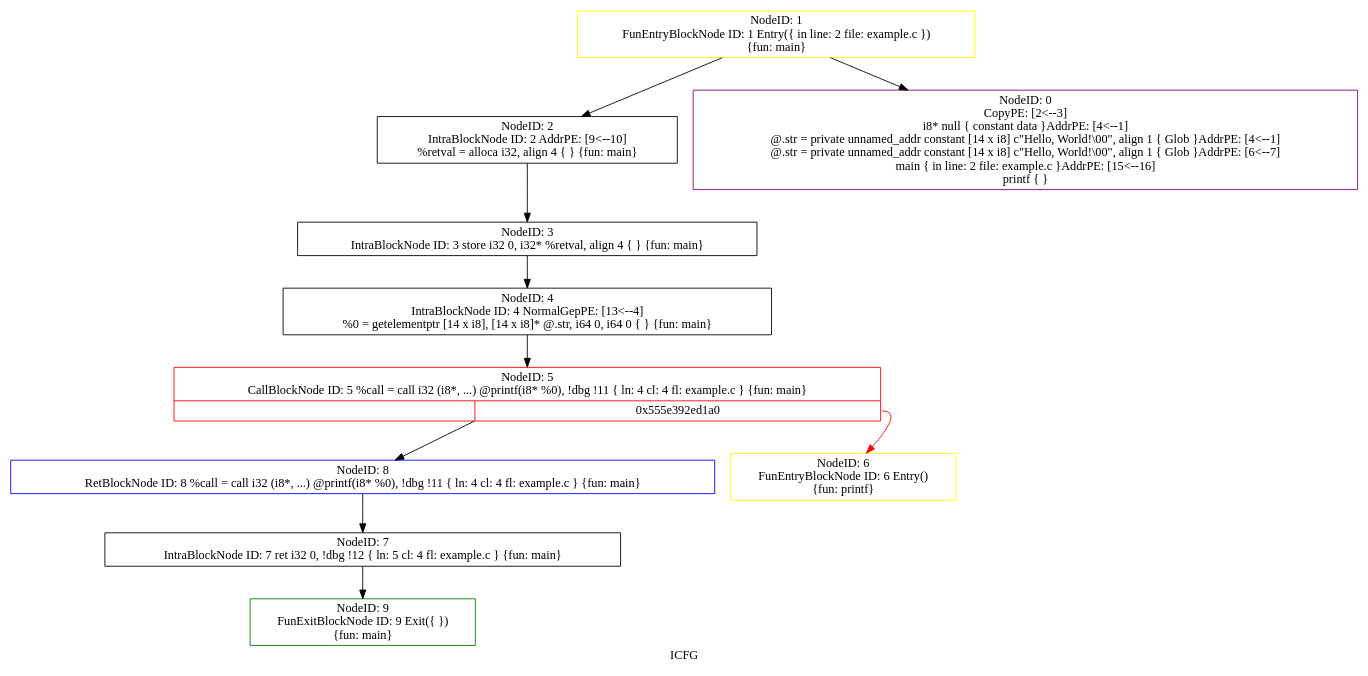
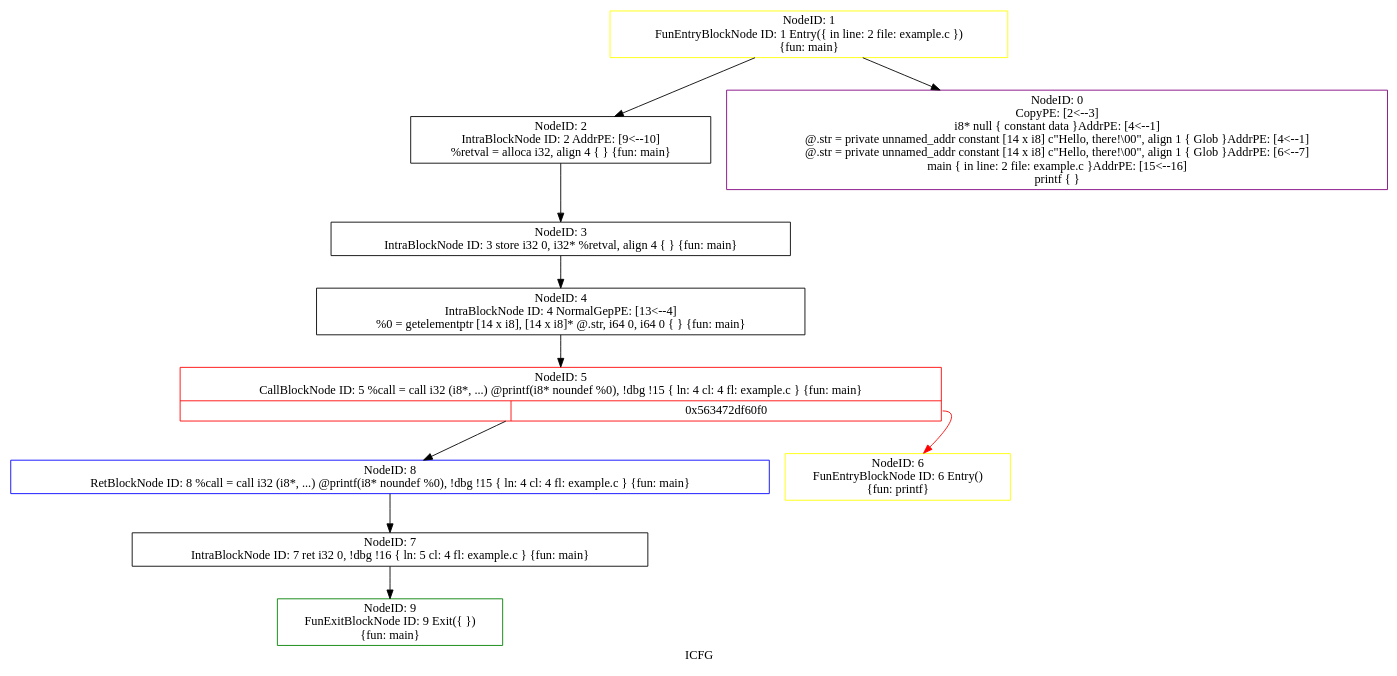
Before and after one commit to joshua-sy/CapstoneProject: the diagram in icfg.dot, drawn with Graphviz. The commit also changed 45 other files, not shown here.

```diff
--- a/icfg.dot
+++ b/icfg.dot
@@ -1,23 +1,23 @@
 digraph "ICFG" {
 	label="ICFG";
 
-	Node0x555e392ff000 [shape=record,color=green,label="{NodeID: 9\nFunExitBlockNode ID: 9 Exit(\{  \})\n \{fun: main\}}"];
-	Node0x555e392fed90 [shape=record,color=blue,label="{NodeID: 8\nRetBlockNode ID: 8   %call = call i32 (i8*, ...) @printf(i8* %0), !dbg !11 \{ ln: 4  cl: 4  fl: example.c \} \{fun: main\}}"];
-	Node0x555e392fed90 -> Node0x555e392fecd0[style=solid];
-	Node0x555e392fecd0 [shape=record,color=black,label="{NodeID: 7\nIntraBlockNode ID: 7      ret i32 0, !dbg !12 \{ ln: 5  cl: 4  fl: example.c \}    \{fun: main\}}"];
-	Node0x555e392fecd0 -> Node0x555e392ff000[style=solid];
-	Node0x555e392feba0 [shape=record,color=yellow,label="{NodeID: 6\nFunEntryBlockNode ID: 6 Entry()\n \{fun: printf\}}"];
-	Node0x555e392edc20 [shape=record,color=red,label="{NodeID: 5\nCallBlockNode ID: 5   %call = call i32 (i8*, ...) @printf(i8* %0), !dbg !11 \{ ln: 4  cl: 4  fl: example.c \} \{fun: main\}|{|<s1>0x555e392ed1a0}}"];
-	Node0x555e392edc20 -> Node0x555e392fed90[style=solid];
-	Node0x555e392edc20:s1 -> Node0x555e392feba0[style=solid,color=red];
-	Node0x555e392fea10 [shape=record,color=black,label="{NodeID: 4\nIntraBlockNode ID: 4   NormalGepPE: [13\<--4]  \n   %0 = getelementptr [14 x i8], [14 x i8]* @.str, i64 0, i64 0 \{  \} \{fun: main\}}"];
-	Node0x555e392fea10 -> Node0x555e392edc20[style=solid];
-	Node0x555e392fe8f0 [shape=record,color=black,label="{NodeID: 3\nIntraBlockNode ID: 3      store i32 0, i32* %retval, align 4 \{  \}    \{fun: main\}}"];
-	Node0x555e392fe8f0 -> Node0x555e392fea10[style=solid];
-	Node0x555e392fe680 [shape=record,color=black,label="{NodeID: 2\nIntraBlockNode ID: 2   AddrPE: [9\<--10]  \n   %retval = alloca i32, align 4 \{  \} \{fun: main\}}"];
-	Node0x555e392fe680 -> Node0x555e392fe8f0[style=solid];
-	Node0x555e392fe520 [shape=record,color=yellow,label="{NodeID: 1\nFunEntryBlockNode ID: 1 Entry(\{ in line: 2 file: example.c \})\n \{fun: main\}}"];
-	Node0x555e392fe520 -> Node0x555e392ee0e0[style=solid];
-	Node0x555e392fe520 -> Node0x555e392fe680[style=solid];
-	Node0x555e392ee0e0 [shape=record,color=purple,label="{NodeID: 0\nCopyPE: [2\<--3]  \n i8* null \{ constant data \}AddrPE: [4\<--1]  \n @.str = private unnamed_addr constant [14 x i8] c\"Hello, World!\\00\", align 1 \{ Glob  \}AddrPE: [4\<--1]  \n @.str = private unnamed_addr constant [14 x i8] c\"Hello, World!\\00\", align 1 \{ Glob  \}AddrPE: [6\<--7]  \n main \{ in line: 2 file: example.c \}AddrPE: [15\<--16]  \n printf \{  \}}"];
+	Node0x563472e08a30 [shape=record,color=green,label="{NodeID: 9\nFunExitBlockNode ID: 9 Exit(\{  \})\n \{fun: main\}}"];
+	Node0x563472e087c0 [shape=record,color=blue,label="{NodeID: 8\nRetBlockNode ID: 8   %call = call i32 (i8*, ...) @printf(i8* noundef %0), !dbg !15 \{ ln: 4  cl: 4  fl: example.c \} \{fun: main\}}"];
+	Node0x563472e087c0 -> Node0x563472e08700[style=solid];
+	Node0x563472e08700 [shape=record,color=black,label="{NodeID: 7\nIntraBlockNode ID: 7      ret i32 0, !dbg !16 \{ ln: 5  cl: 4  fl: example.c \}    \{fun: main\}}"];
+	Node0x563472e08700 -> Node0x563472e08a30[style=solid];
+	Node0x563472e085d0 [shape=record,color=yellow,label="{NodeID: 6\nFunEntryBlockNode ID: 6 Entry()\n \{fun: printf\}}"];
+	Node0x563472df67d0 [shape=record,color=red,label="{NodeID: 5\nCallBlockNode ID: 5   %call = call i32 (i8*, ...) @printf(i8* noundef %0), !dbg !15 \{ ln: 4  cl: 4  fl: example.c \} \{fun: main\}|{|<s1>0x563472df60f0}}"];
+	Node0x563472df67d0 -> Node0x563472e087c0[style=solid];
+	Node0x563472df67d0:s1 -> Node0x563472e085d0[style=solid,color=red];
+	Node0x563472e08440 [shape=record,color=black,label="{NodeID: 4\nIntraBlockNode ID: 4   NormalGepPE: [13\<--4]  \n   %0 = getelementptr [14 x i8], [14 x i8]* @.str, i64 0, i64 0 \{  \} \{fun: main\}}"];
+	Node0x563472e08440 -> Node0x563472df67d0[style=solid];
+	Node0x563472e08320 [shape=record,color=black,label="{NodeID: 3\nIntraBlockNode ID: 3      store i32 0, i32* %retval, align 4 \{  \}    \{fun: main\}}"];
+	Node0x563472e08320 -> Node0x563472e08440[style=solid];
+	Node0x563472e080b0 [shape=record,color=black,label="{NodeID: 2\nIntraBlockNode ID: 2   AddrPE: [9\<--10]  \n   %retval = alloca i32, align 4 \{  \} \{fun: main\}}"];
+	Node0x563472e080b0 -> Node0x563472e08320[style=solid];
+	Node0x563472e07f50 [shape=record,color=yellow,label="{NodeID: 1\nFunEntryBlockNode ID: 1 Entry(\{ in line: 2 file: example.c \})\n \{fun: main\}}"];
+	Node0x563472e07f50 -> Node0x563472deff20[style=solid];
+	Node0x563472e07f50 -> Node0x563472e080b0[style=solid];
+	Node0x563472deff20 [shape=record,color=purple,label="{NodeID: 0\nCopyPE: [2\<--3]  \n i8* null \{ constant data \}AddrPE: [4\<--1]  \n @.str = private unnamed_addr constant [14 x i8] c\"Hello, there!\\00\", align 1 \{ Glob  \}AddrPE: [4\<--1]  \n @.str = private unnamed_addr constant [14 x i8] c\"Hello, there!\\00\", align 1 \{ Glob  \}AddrPE: [6\<--7]  \n main \{ in line: 2 file: example.c \}AddrPE: [15\<--16]  \n printf \{  \}}"];
 }
```
